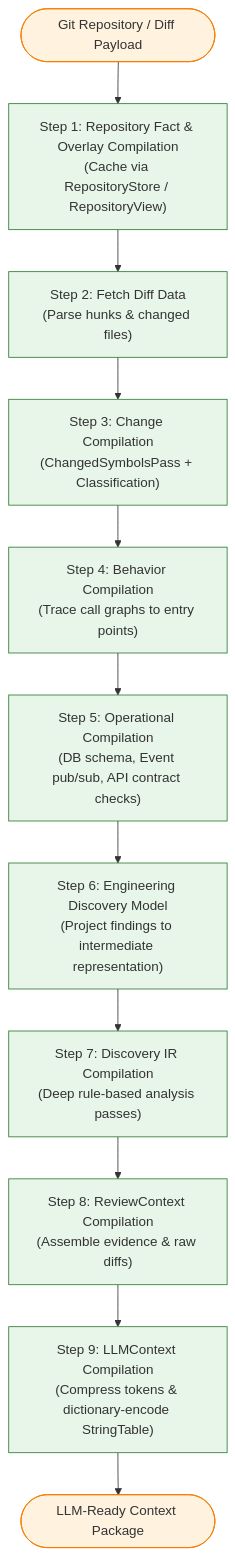
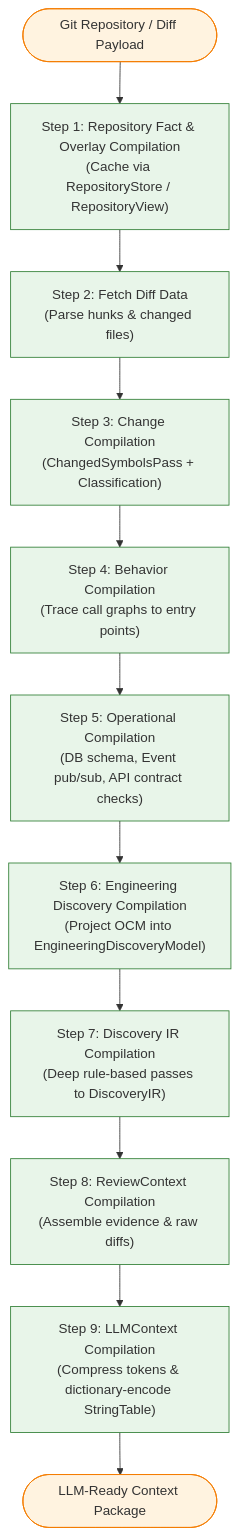
The second of 2 diagrams in architecture.md (jishnusamal/cystatic-core), drawn with Mermaid before and after one commit. The commit also changed other lines of this file and 1 other file, not shown here.

Commit message:
docs: update architecture documentation to reflect refined pipeline stages and engine components

````diff
--- a/architecture.md
+++ b/architecture.md
@@ -86,20 +90,20 @@
 ```mermaid
 flowchart TD
     %% Styling Classes
     classDef stepStyle fill:#e8f5e9,stroke:#2e7d32,stroke-width:1px;
     classDef ioStyle fill:#fff3e0,stroke:#f57c00,stroke-width:1px;
 
     Start(["Git Repository / Diff Payload"]) --> Step1["Step 1: Repository Fact & Overlay Compilation<br/>(Cache via RepositoryStore / RepositoryView)"]
     Step1 --> Step2["Step 2: Fetch Diff Data<br/>(Parse hunks & changed files)"]
     Step2 --> Step3["Step 3: Change Compilation<br/>(ChangedSymbolsPass + Classification)"]
     Step3 --> Step4["Step 4: Behavior Compilation<br/>(Trace call graphs to entry points)"]
     Step4 --> Step5["Step 5: Operational Compilation<br/>(DB schema, Event pub/sub, API contract checks)"]
-    Step5 --> Step6["Step 6: Engineering Discovery Model<br/>(Project findings to intermediate representation)"]
-    Step6 --> Step7["Step 7: Discovery IR Compilation<br/>(Deep rule-based analysis passes)"]
+    Step5 --> Step6["Step 6: Engineering Discovery Compilation<br/>(Project OCM into EngineeringDiscoveryModel)"]
+    Step6 --> Step7["Step 7: Discovery IR Compilation<br/>(Deep rule-based passes to DiscoveryIR)"]
     Step7 --> Step8["Step 8: ReviewContext Compilation<br/>(Assemble evidence & raw diffs)"]
     Step8 --> Step9["Step 9: LLMContext Compilation<br/>(Compress tokens & dictionary-encode StringTable)"]
     Step9 --> End(["LLM-Ready Context Package"])
 
     class Start,End ioStyle;
     class Step1,Step2,Step3,Step4,Step5,Step6,Step7,Step8,Step9 stepStyle;
 ```
````
